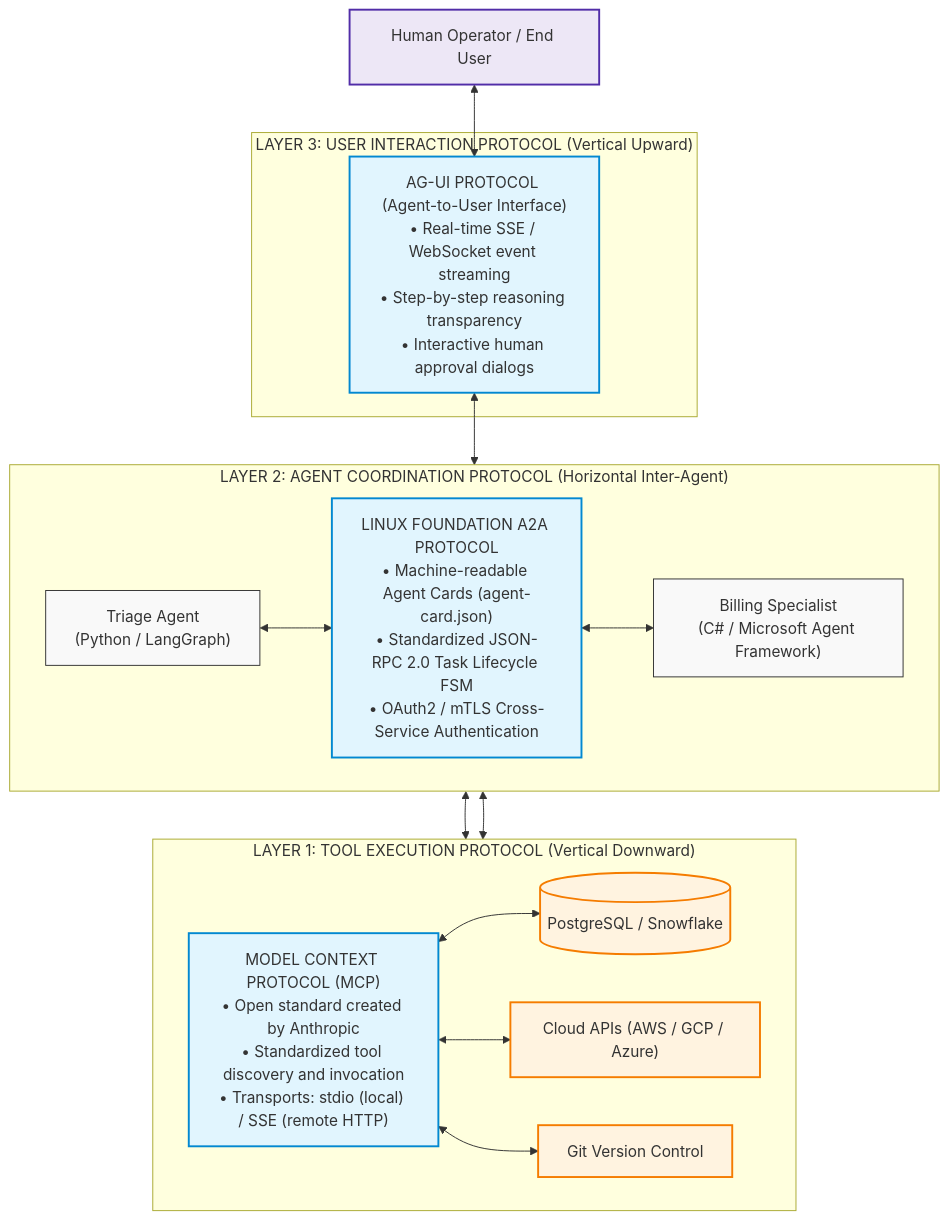
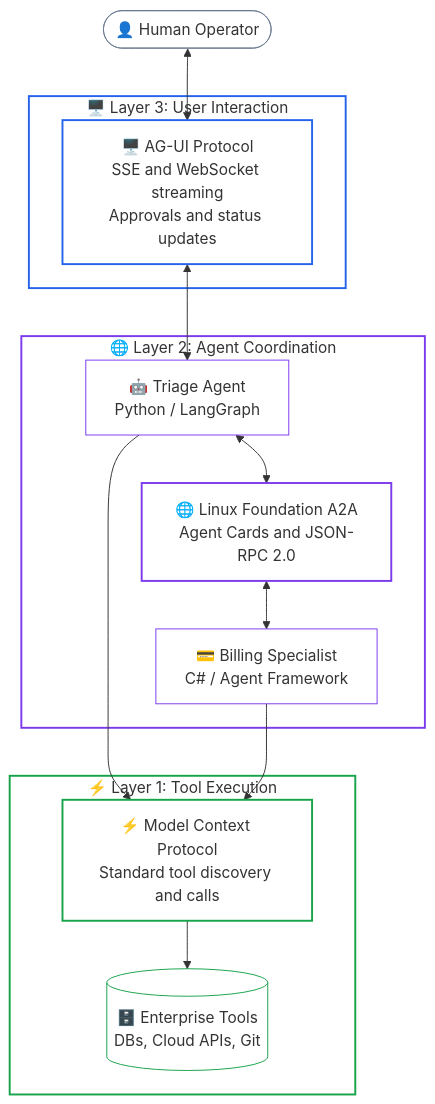
Before and after one commit to dip4k/senior-engineer-to-ai-engineer-roadmap: the fifth of 6 diagrams in 04-agentic-systems-and-orchestration/05-multi-agent-coordination-and-a2a-protocols.md, drawn with Mermaid. The commit also changed other lines of this file and 94 other files, not shown here.

Commit message:
refactor(curriculum): complete Phase 04 upgrade and enforce diagram renderer invariants

````diff
--- a/04-agentic-systems-and-orchestration/05-multi-agent-coordination-and-a2a-protocols.md
+++ b/04-agentic-systems-and-orchestration/05-multi-agent-coordination-and-a2a-protocols.md
@@ -177,32 +212,38 @@
 ```mermaid
 flowchart TD
-    classDef proto fill:#e1f5fe,stroke:#0288d1,stroke-width:2px;
-    classDef agent fill:#f9f9f9,stroke:#333,stroke-width:1px;
-    classDef ext fill:#fff3e0,stroke:#f57c00,stroke-width:2px;
-    classDef human fill:#ede7f6,stroke:#512da8,stroke-width:2px;
-
-    Human["Human Operator / End User"]:::human
+    Human(["👤 Human Operator"])
     
-    subgraph Layer3["LAYER 3: USER INTERACTION PROTOCOL (Vertical Upward)"]
-        AGUI["AG-UI PROTOCOL (Agent-to-User Interface)\n• Real-time SSE / WebSocket event streaming\n• Step-by-step reasoning transparency\n• Interactive human approval dialogs"]:::proto
+    subgraph Layer3["🖥️ Layer 3: User Interaction"]
+        AGUI["🖥️ AG-UI Protocol<br/>SSE and WebSocket streaming<br/>Approvals and status updates"]
     end
 
-    subgraph Layer2["LAYER 2: AGENT COORDINATION PROTOCOL (Horizontal Inter-Agent)"]
-        direction LR
-        AgentA["Triage Agent\n(Python / LangGraph)"]:::agent
-        A2A["LINUX FOUNDATION A2A PROTOCOL\n• Machine-readable Agent Cards (agent-card.json)\n• Standardized JSON-RPC 2.0 Task Lifecycle FSM\n• OAuth2 / mTLS Cross-Service Authentication"]:::proto
-        AgentB["Billing Specialist\n(C# / Microsoft Agent Framework)"]:::agent
-        AgentA <--> A2A <--> AgentB
+    subgraph Layer2["🌐 Layer 2: Agent Coordination"]
+        AgentA["🤖 Triage Agent<br/>Python / LangGraph"]
+        A2A["🌐 Linux Foundation A2A<br/>Agent Cards and JSON-RPC 2.0"]
+        AgentB["💳 Billing Specialist<br/>C# / Agent Framework"]
+        AgentA <--> A2A
+        A2A <--> AgentB
     end
 
-    subgraph Layer1["LAYER 1: TOOL EXECUTION PROTOCOL (Vertical Downward)"]
-        direction LR
-        MCP["MODEL CONTEXT PROTOCOL (MCP)\n• Open standard created by Anthropic\n• Standardized tool discovery and invocation\n• Transports: stdio (local) / SSE (remote HTTP)"]:::proto
-        DB[("PostgreSQL / Snowflake")]:::ext
-        Cloud["Cloud APIs (AWS / GCP / Azure)"]:::ext
-        Git["Git Version Control"]:::ext
+    subgraph Layer1["⚡ Layer 1: Tool Execution"]
+        MCP["⚡ Model Context Protocol<br/>Standard tool discovery and calls"]
+        Tools[("🗄️ Enterprise Tools<br/>DBs, Cloud APIs, Git")]
+        MCP --> Tools
     end
 
-    Human <--> AGUI <--> AgentA
-    AgentA & AgentB <--> MCP <--> DB & Cloud & Git
+    Human <--> AGUI
+    AGUI <--> AgentA
+    AgentA --> MCP
+    AgentB --> MCP
+
+    style Layer3 fill:none,stroke:#2563eb,stroke-width:2px
+    style Layer2 fill:none,stroke:#7c3aed,stroke-width:2px
+    style Layer1 fill:none,stroke:#16a34a,stroke-width:2px
+    style Human stroke:#64748b,stroke-width:1px,fill:none
+    style AGUI stroke:#2563eb,stroke-width:2px,fill:none
+    style AgentA stroke:#7c3aed,stroke-width:1px,fill:none
+    style A2A stroke:#7c3aed,stroke-width:2px,fill:none
+    style AgentB stroke:#7c3aed,stroke-width:1px,fill:none
+    style MCP stroke:#16a34a,stroke-width:2px,fill:none
+    style Tools stroke:#16a34a,stroke-width:1px,fill:none
 ```
````
